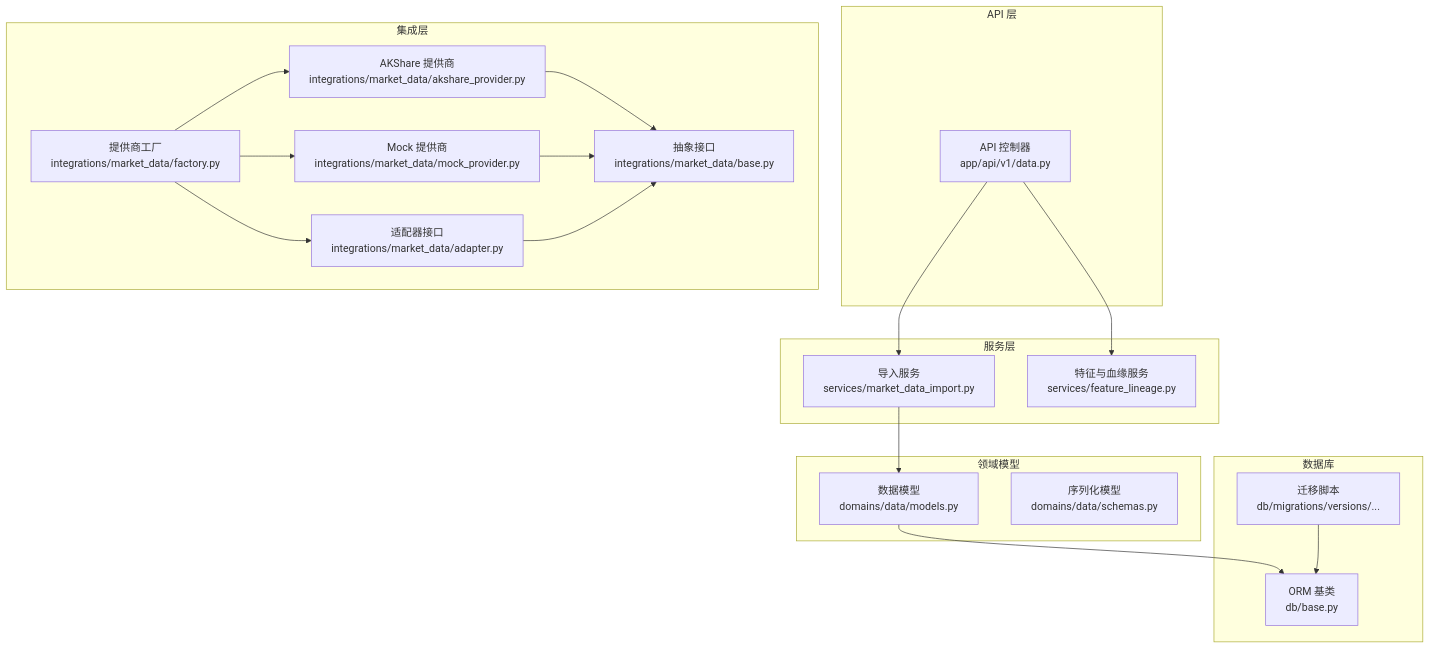
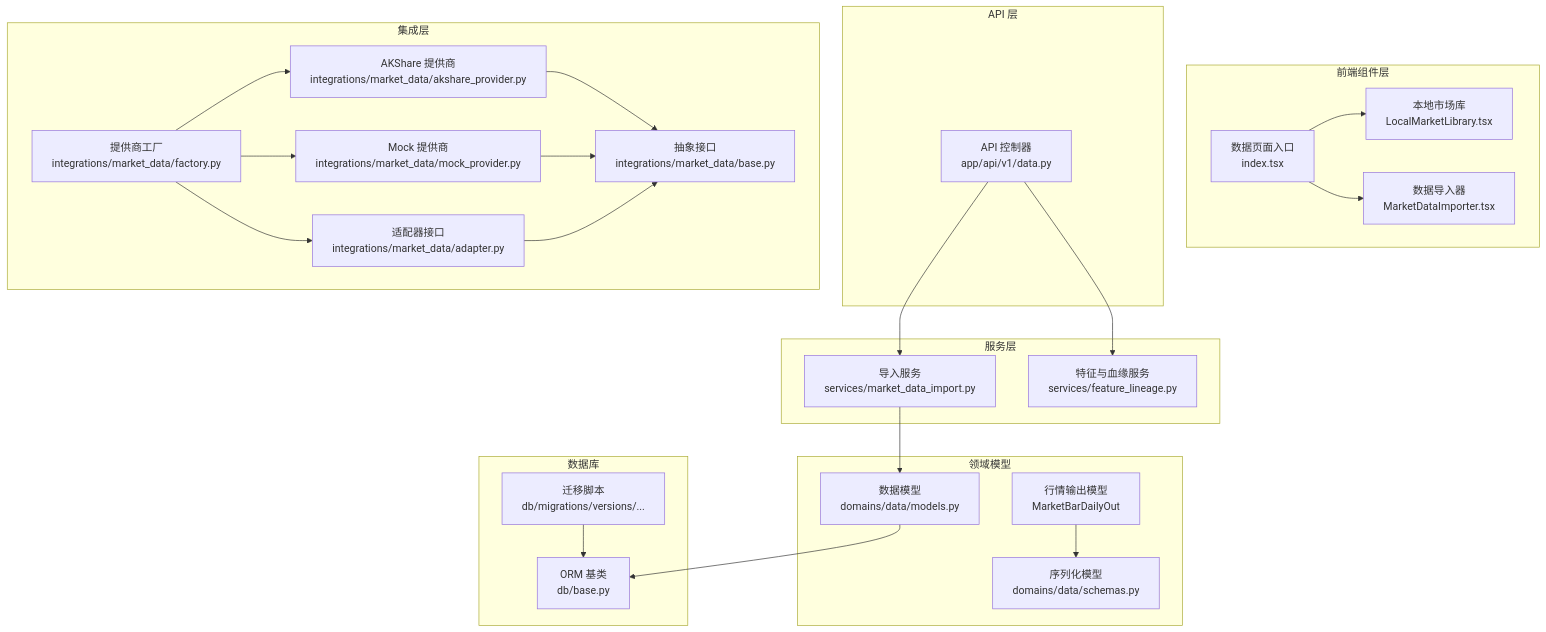
One commit to javelin-dot/llmine-quant changed the first of 8 diagrams in .qoder/repowiki/zh/content/数据管理/数据管理.md. Above: the diagram before and after it, drawn with Mermaid. The commit also changed other lines of this file and 19 other files, not shown here.

````diff
--- a/.qoder/repowiki/zh/content/数据管理/数据管理.md
+++ b/.qoder/repowiki/zh/content/数据管理/数据管理.md
@@ -53,36 +67,45 @@
 ```mermaid
 graph TB
+subgraph "前端组件层"
+LocalLib["本地市场库<br/>LocalMarketLibrary.tsx"]
+Importer["数据导入器<br/>MarketDataImporter.tsx"]
+Index["数据页面入口<br/>index.tsx"]
+end
 subgraph "API 层"
 API["API 控制器<br/>app/api/v1/data.py"]
 end
 subgraph "服务层"
 ImportSvc["导入服务<br/>services/market_data_import.py"]
 FeatureLineage["特征与血缘服务<br/>services/feature_lineage.py"]
 end
 subgraph "集成层"
 Factory["提供商工厂<br/>integrations/market_data/factory.py"]
 BaseAbc["抽象接口<br/>integrations/market_data/base.py"]
 Akshare["AKShare 提供商<br/>integrations/market_data/akshare_provider.py"]
 Mock["Mock 提供商<br/>integrations/market_data/mock_provider.py"]
 Adapter["适配器接口<br/>integrations/market_data/adapter.py"]
 end
 subgraph "领域模型"
 Models["数据模型<br/>domains/data/models.py"]
 Schemas["序列化模型<br/>domains/data/schemas.py"]
+EndBars["行情输出模型<br/>MarketBarDailyOut"]
 end
 subgraph "数据库"
 Migrate["迁移脚本<br/>db/migrations/versions/..."]
 Base["ORM 基类<br/>db/base.py"]
 end
+Index --> LocalLib
+Index --> Importer
 API --> ImportSvc
 API --> FeatureLineage
 ImportSvc --> Models
 Factory --> Akshare
 Factory --> Mock
 Factory --> Adapter
 Akshare --> BaseAbc
 Mock --> BaseAbc
 Adapter --> BaseAbc
 Models --> Base
 Migrate --> Base
+EndBars --> Schemas
 ```
````
